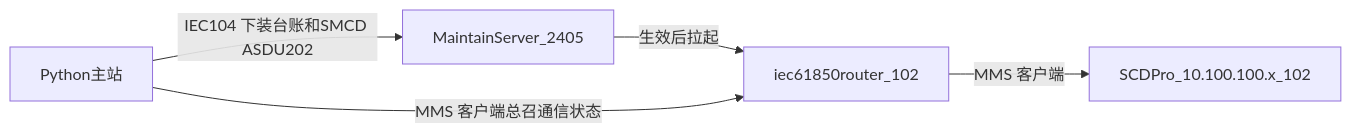
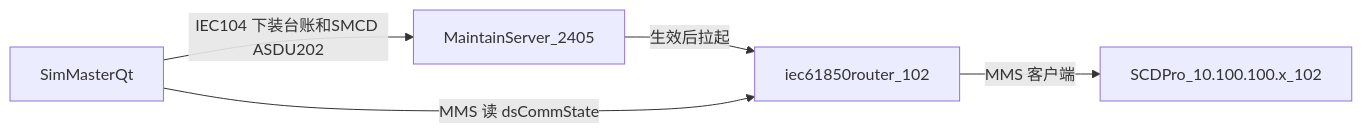
The diagram in 免配置/仿真主站闭环-实施计划.md (marshalyyx2000/free_configuration-mainstation), drawn with Mermaid before and after one commit. The commit also changed other lines of this file and 27 other files, not shown here.

````diff
--- a/免配置/仿真主站闭环-实施计划.md
+++ b/免配置/仿真主站闭环-实施计划.md
@@ -21,11 +23,11 @@
 ```mermaid
 flowchart LR
-  Master[Python主站]
+  Master[SimMasterQt]
   Maintain[MaintainServer_2405]
   Router[iec61850router_102]
   ScdPro[SCDPro_10.100.100.x_102]
   Master -->|"IEC104 下装台账和SMCD ASDU202"| Maintain
   Maintain -->|"生效后拉起"| Router
   Router -->|"MMS 客户端"| ScdPro
-  Master -->|"MMS 客户端总召通信状态"| Router
+  Master -->|"MMS 读 dsCommState"| Router
 ```
````
